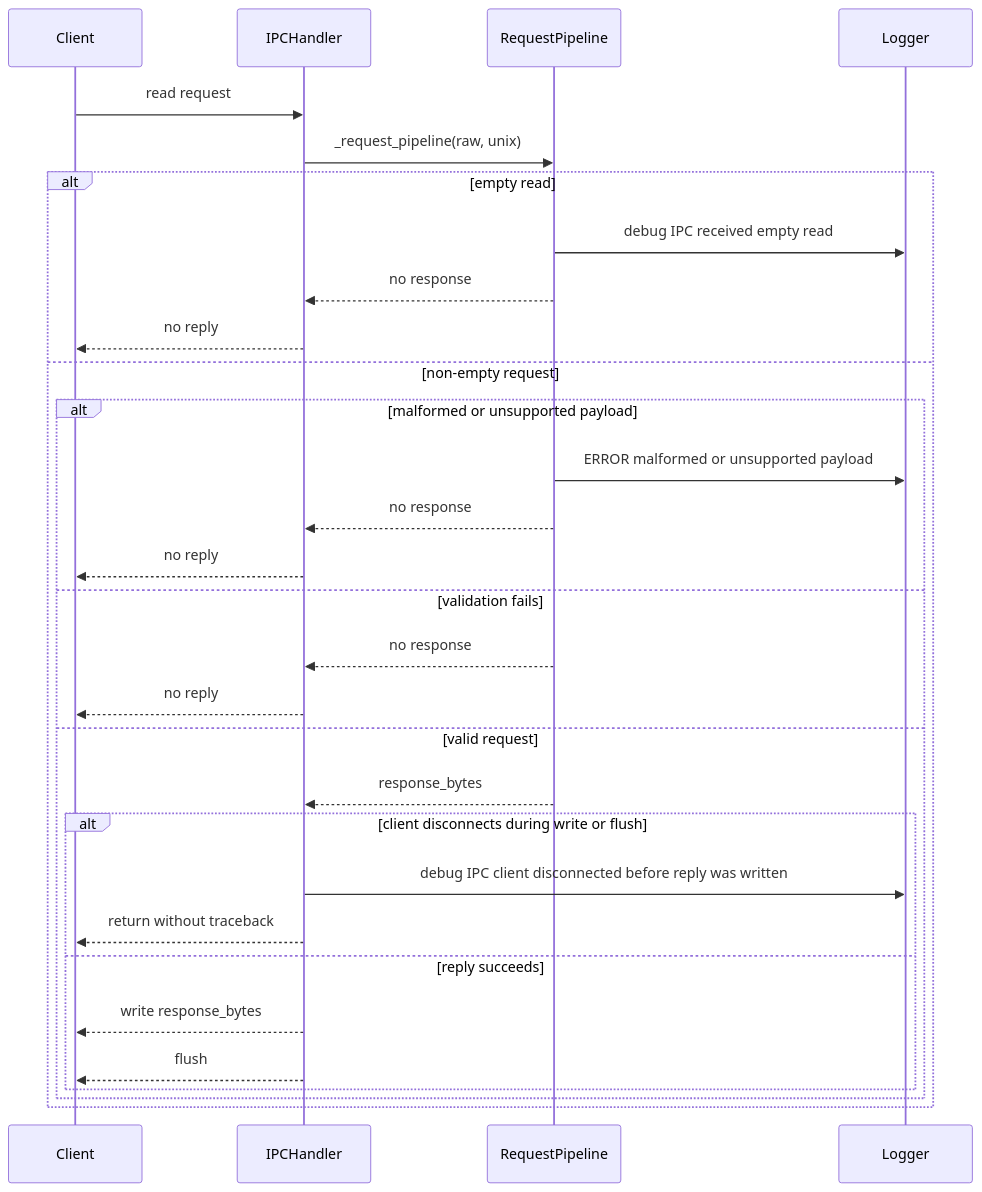
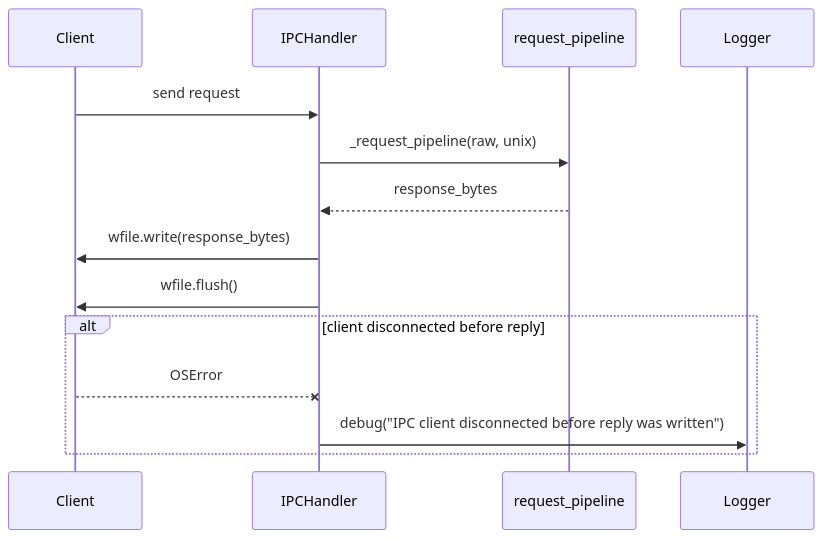
The sixth of 29 diagrams in docs/python-native-command-mocking-design.md (leynos/cmd-mox), drawn with Mermaid before and after one commit. The commit also changed other lines of this file, not shown here.

Commit message:
Document IPC disconnect reply flow
Describe the reply write and flush path with an accessible sequence
diagram caption, including the debug outcome when a client disconnects.

````diff
--- a/docs/python-native-command-mocking-design.md
+++ b/docs/python-native-command-mocking-design.md
@@ -730,33 +732,17 @@
 ```mermaid
 sequenceDiagram
     participant Client
-    participant IPCHandler
-    participant RequestPipeline
+    participant Handler as IPCHandler
+    participant Pipeline as request_pipeline
     participant Logger
 
-    Client->>IPCHandler: read request
-    IPCHandler->>RequestPipeline: _request_pipeline(raw, unix)
-    alt empty read
-        RequestPipeline->>Logger: debug IPC received empty read
-        RequestPipeline-->>IPCHandler: no response
-        IPCHandler-->>Client: no reply
-    else non-empty request
-        alt malformed or unsupported payload
-            RequestPipeline->>Logger: ERROR malformed or unsupported payload
-            RequestPipeline-->>IPCHandler: no response
-            IPCHandler-->>Client: no reply
-        else validation fails
-            RequestPipeline-->>IPCHandler: no response
-            IPCHandler-->>Client: no reply
-        else valid request
-            RequestPipeline-->>IPCHandler: response_bytes
-            alt client disconnects during write or flush
-                IPCHandler->>Logger: debug IPC client disconnected before reply was written
-                IPCHandler-->>Client: return without traceback
-            else reply succeeds
-                IPCHandler-->>Client: write response_bytes
-                IPCHandler-->>Client: flush
-            end
-        end
+    Client->>Handler: send request
+    Handler->>Pipeline: _request_pipeline(raw, unix)
+    Pipeline-->>Handler: response_bytes
+    Handler->>Client: wfile.write(response_bytes)
+    Handler->>Client: wfile.flush()
+    alt client disconnected before reply
+        Client--xHandler: OSError
+        Handler->>Logger: debug("IPC client disconnected before reply was written")
     end
 ```
````
